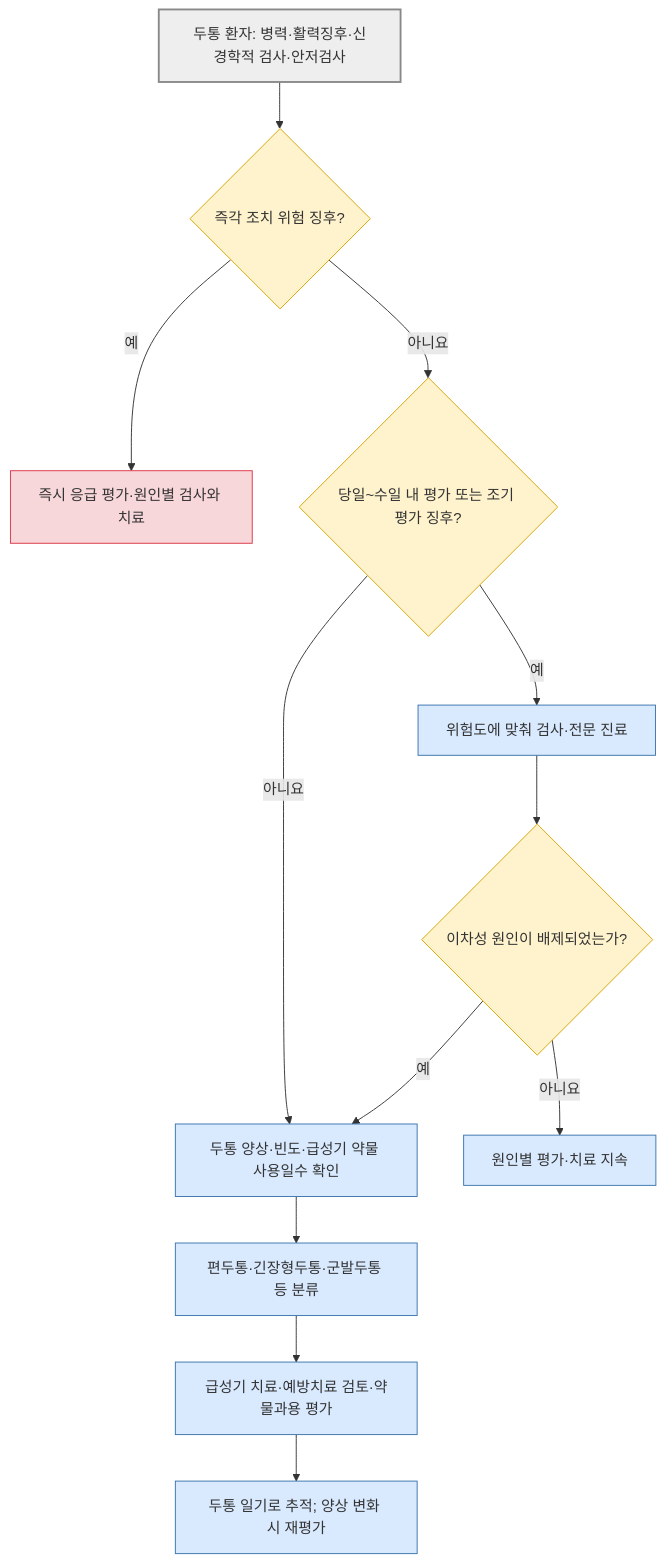
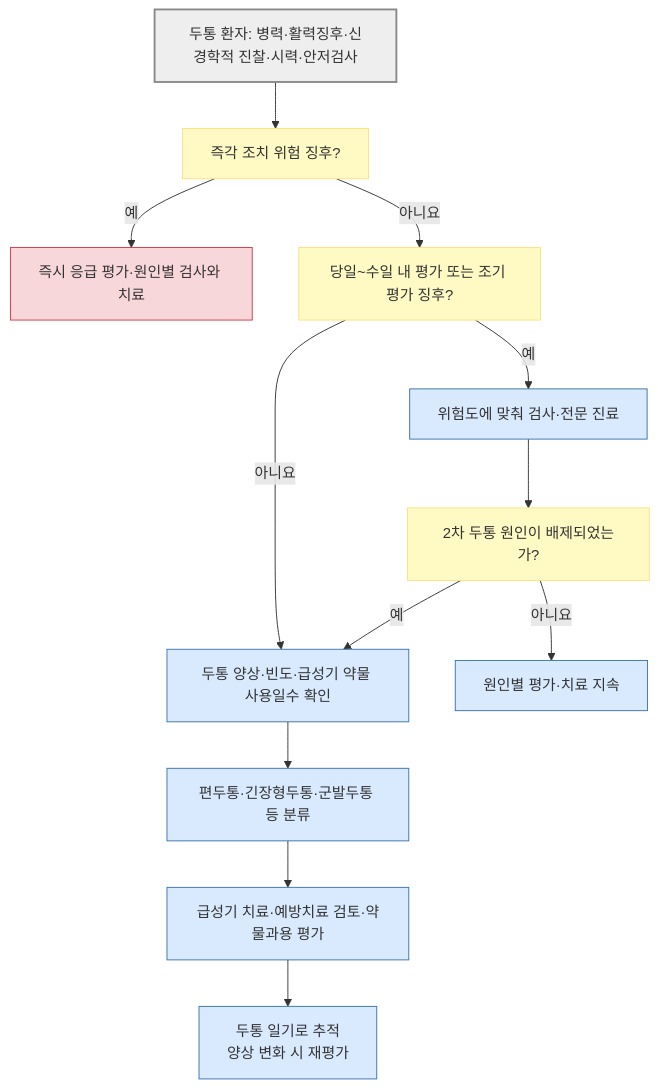
Before and after one commit to familyoh77/familyoh77: the diagram in 221_/015_-headache.md, drawn with Mermaid. The commit also changed other lines of this file and 1 other file, not shown here.

````diff
--- a/221_/015_-headache.md
+++ b/221_/015_-headache.md
@@ -189,22 +202,22 @@
 ```mermaid
 flowchart TD
-    A["두통 환자: 병력·활력징후·신경학적 검사·안저검사"] --> B{"즉각 조치 위험 징후?"}
+    A["두통 환자: 병력·활력징후·신경학적 진찰·시력·안저검사"] --> B["즉각 조치 위험 징후?"]
     B -- "예" --> C["즉시 응급 평가·원인별 검사와 치료"]
-    B -- "아니요" --> D{"당일~수일 내 평가 또는 조기 평가 징후?"}
+    B -- "아니요" --> D["당일~수일 내 평가 또는 조기 평가 징후?"]
     D -- "예" --> E["위험도에 맞춰 검사·전문 진료"]
     D -- "아니요" --> F["두통 양상·빈도·급성기 약물 사용일수 확인"]
-    E --> G{"이차성 원인이 배제되었는가?"}
+    E --> G["2차 두통 원인이 배제되었는가?"]
     G -- "아니요" --> H["원인별 평가·치료 지속"]
     G -- "예" --> F
     F --> I["편두통·긴장형두통·군발두통 등 분류"]
     I --> J["급성기 치료·예방치료 검토·약물과용 평가"]
-    J --> K["두통 일기로 추적; 양상 변화 시 재평가"]
-    classDef start fill:#eee,stroke:#888,stroke-width:2px;
-    classDef decision fill:#fff3cd,stroke:#d6a400;
+    J --> K["두통 일기로 추적<br/>양상 변화 시 재평가"]
+    classDef start fill:#eeeeee,stroke:#888888,stroke-width:2px;
+    classDef decision fill:#fff9c4,stroke:#ffe082;
     classDef emergency fill:#f8d7da,stroke:#dc3545;
     classDef care fill:#d9eaff,stroke:#3973ac;
     class A start;
     class B,D,G decision;
     class C emergency;
     class E,F,H,I,J,K care;
 ```
````
